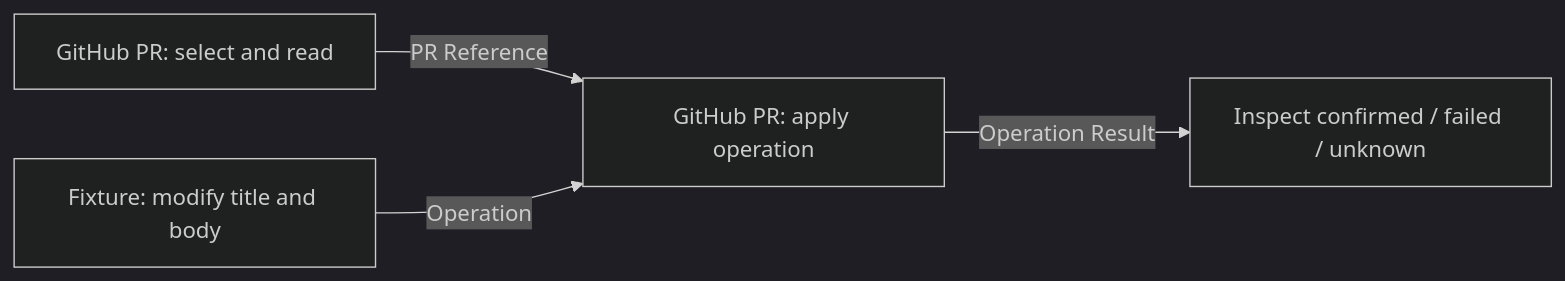
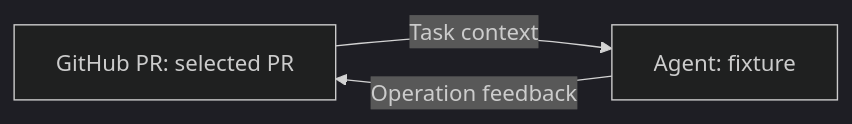
The diagram in examples/github-pr/README.md (amadou-6e/laomedo), drawn with Mermaid (dark theme) before and after one commit. The commit also changed other lines of this file and 12 other files, not shown here.

Commit message:
Run a PR Agent round trip with two nodes and one operation

````diff
--- a/examples/github-pr/README.md
+++ b/examples/github-pr/README.md
@@ -17,6 +17,5 @@
 ```mermaid
 flowchart LR
-  read[GitHub PR: select and read] -->|PR Reference| apply[GitHub PR: apply operation]
-  op[Fixture: modify title and body] -->|Operation| apply
-  apply -->|Operation Result| result[Inspect confirmed / failed / unknown]
+  pr[GitHub PR: selected PR] -->|Task context| agent[Agent: fixture]
+  agent -->|Operation feedback| pr
 ```
````
